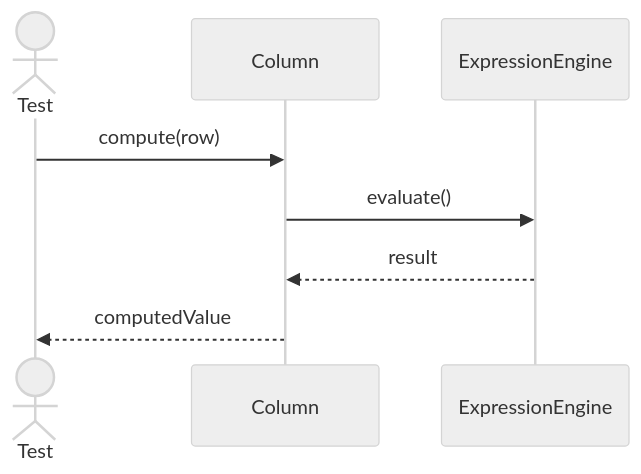
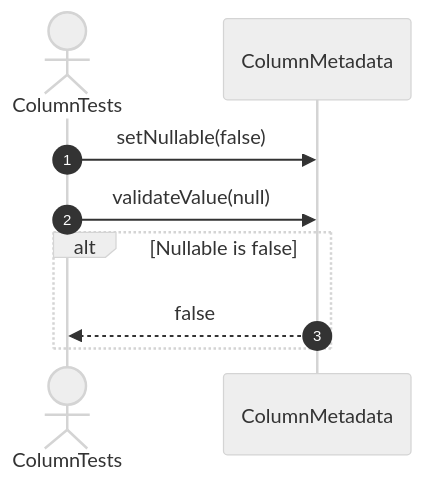
One commit to FhuAnn/-bbv-AN-s-DBMS changed the eighth of 18 diagrams in src/tests/unit/metadata/sequences/columns-testing.se.md. Above: the diagram before and after it, drawn with Mermaid (neutral theme). The commit also changed other lines of this file and 60 other files, not shown here.

Commit message:
refactor data table, row, column, constraint, index test file

````diff
--- a/src/tests/unit/metadata/sequences/columns-testing.se.md
+++ b/src/tests/unit/metadata/sequences/columns-testing.se.md
@@ -131,14 +116,13 @@
 ```mermaid
 sequenceDiagram
-actor Test
-participant Column
-participant ExpressionEngine
+    autonumber
+    actor Test as ColumnTests
+    participant Column as ColumnMetadata
 
-Test->>Column: compute(row)
+    Test->>Column: setNullable(false)
+    Test->>Column: validateValue(null)
 
-Column->>ExpressionEngine: evaluate()
-
-ExpressionEngine-->>Column: result
-
-Column-->>Test: computedValue
+    alt Nullable is false
+        Column-->>Test: false
+    end
 ```
````
